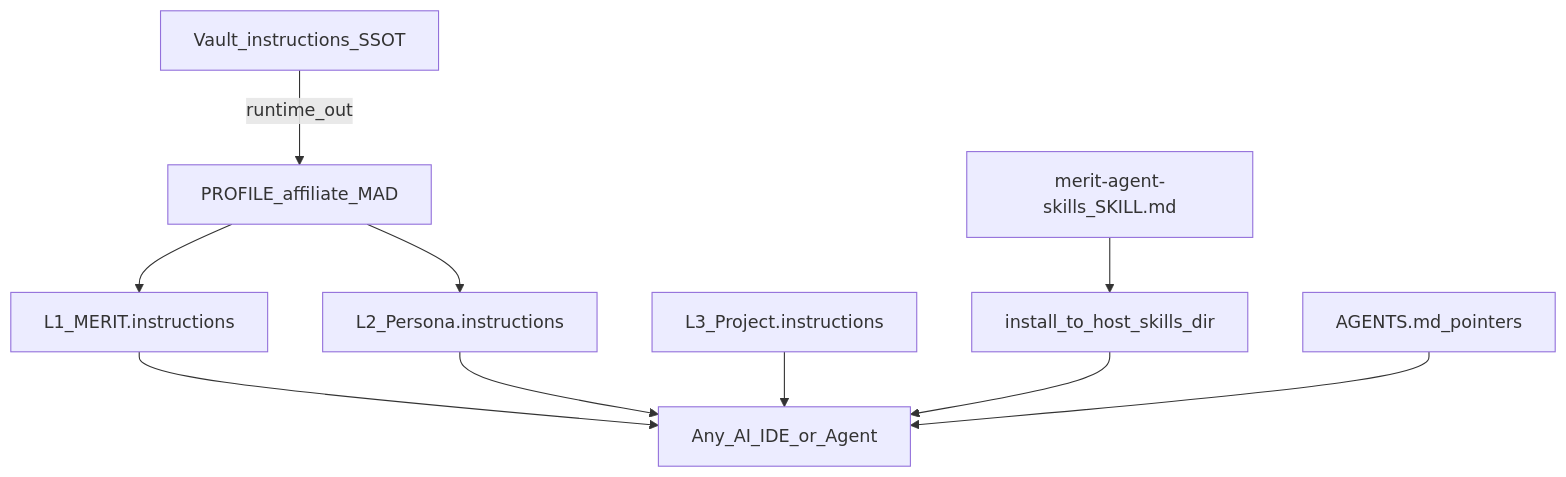
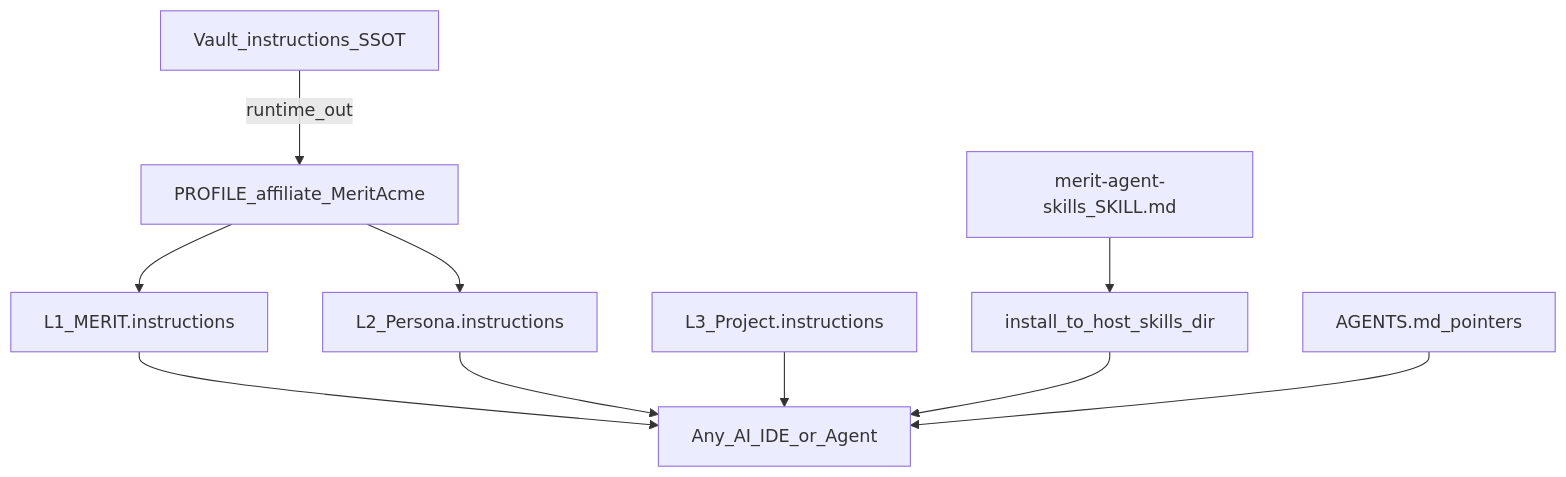
One commit to AgentDraven/merit-agent-skills changed the diagram in docs/bootstrap.design.md. Above: the diagram before and after it, drawn with Mermaid. The commit also changed other lines of this file and 5 other files, not shown here.

Commit message:
docs: MeritAcme default affiliate; OwnerName MeritAcmeOwner

````diff
--- a/docs/bootstrap.design.md
+++ b/docs/bootstrap.design.md
@@ -68,12 +68,12 @@
 ```mermaid
 flowchart TD
-  vaultSsot[Vault_instructions_SSOT] -->|runtime_out| affiliateRuntime[PROFILE_affiliate_MAD]
+  vaultSsot[Vault_instructions_SSOT] -->|runtime_out| affiliateRuntime[PROFILE_affiliate_MeritAcme]
   affiliateRuntime --> l1[L1_MERIT.instructions]
   affiliateRuntime --> l2[L2_Persona.instructions]
   l1 --> agentRead[Any_AI_IDE_or_Agent]
   l2 --> agentRead
   l3[L3_Project.instructions] --> agentRead
   skillsPublic[merit-agent-skills_SKILL.md] --> hostMount[install_to_host_skills_dir]
   hostMount --> agentRead
   agentsMd[AGENTS.md_pointers] --> agentRead
 ```
````
